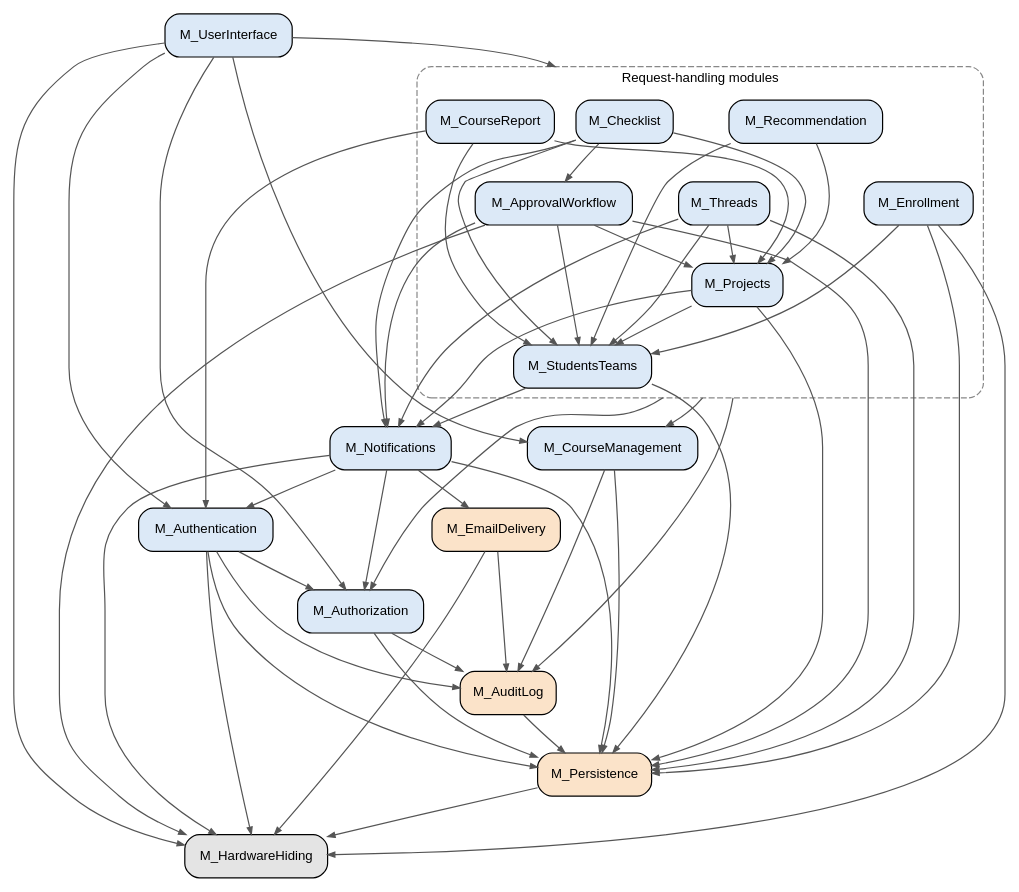
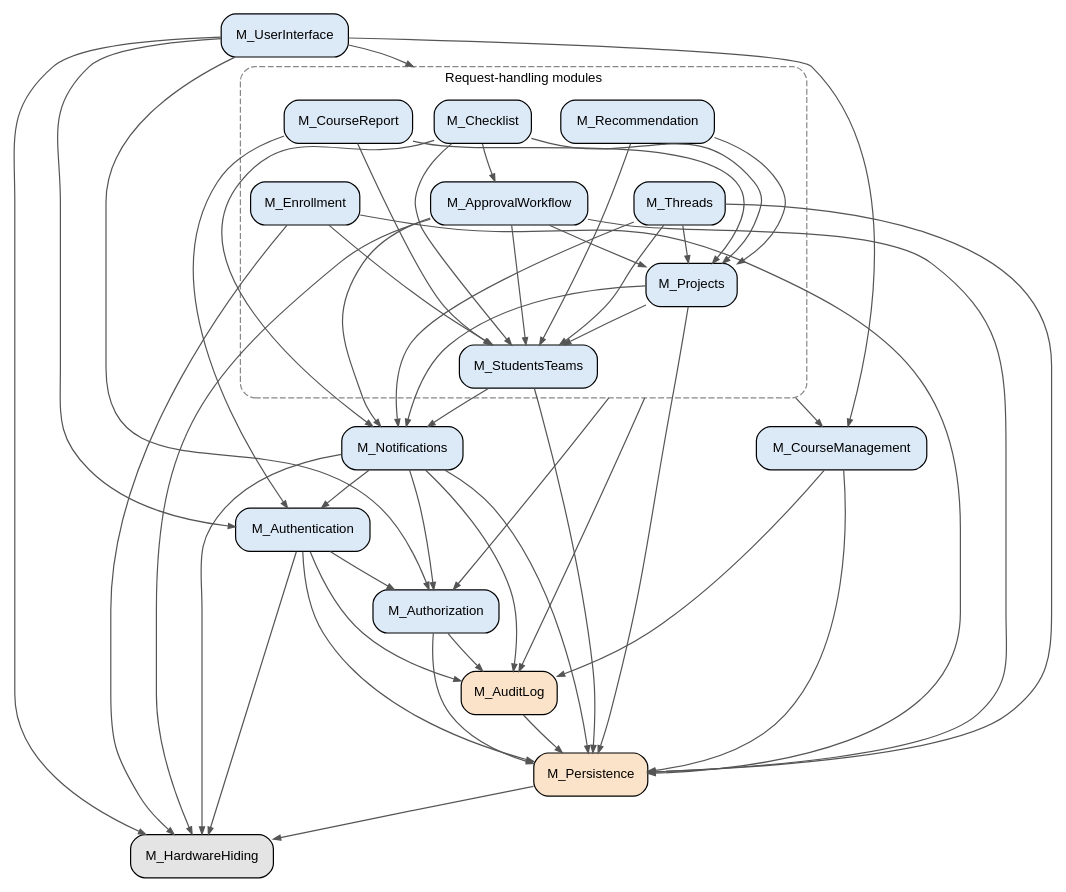
Before and after one commit to Ayushpatel2026/Keystone: the diagram in docs/Design/SoftArchitecture/UsesHierarchy.dot, drawn with Graphviz. The commit also changed 2 other files, not shown here.

Commit message:
docs(MG, SRS): folded email module into notifications module (#179, #181, #184)

```diff
--- a/docs/Design/SoftArchitecture/UsesHierarchy.dot
+++ b/docs/Design/SoftArchitecture/UsesHierarchy.dot
@@ -1,106 +1,105 @@
 // Uses hierarchy for the Keystone Module Guide (MG.tex, Section "Use Hierarchy
 // Between Modules").
 //
 // An arrow A -> B means "A uses B": A needs a correct B to do its job.
 // Arrows point down. Graphviz works out the layers on its own.
 //
 // The build renders this file to UsesHierarchy.pdf and fails if the graph has
 // a cycle. Preview locally:  dot -Tpdf UsesHierarchy.dot -o UsesHierarchy.pdf
 
 digraph UsesHierarchy {
   compound = true;     // lets an arrow start or end at a box (cluster)
   newrank = true;
   rankdir = TB;
   nodesep = 0.25;
   ranksep = 0.45;
   node [shape = box, style = "rounded,filled", fontname = "Helvetica", fontsize = 11];
   edge [arrowsize = 0.6, color = "#555555"];
 
   // ---------- Modules ----------
   // List each module once, after the colour for its type.
 
   // Behaviour-Hiding
   node [fillcolor = "#dce9f7"];
   M_UserInterface; M_Authentication; M_Authorization; M_CourseManagement;
   M_Notifications;
 
   // Request-handling modules (also Behaviour-Hiding). Every module in this box
   // uses the three modules the box's outgoing arrows point to.
   subgraph cluster_features {
     label = "Request-handling modules";
     fontname = "Helvetica"; fontsize = 11;
     style = "rounded,dashed"; color = "#888888";
 
     M_Projects; M_StudentsTeams; M_Recommendation; M_ApprovalWorkflow;
     M_Threads; M_Checklist; M_CourseReport; M_Enrollment;
   }
 
   // Software Decision
   node [fillcolor = "#fbe3c9"];
-  M_Persistence; M_EmailDelivery; M_AuditLog;
+  M_Persistence; M_AuditLog;
 
   // Hardware-Hiding
   node [fillcolor = "#e4e4e4"];
   M_HardwareHiding;
 
   // ---------- Uses ----------
   // One line per module, listing the modules it uses:
   //   M_A -> { M_B M_C };
 
   M_UserInterface    -> { M_Authentication M_Authorization M_CourseManagement
                           M_HardwareHiding };
   // Into the box: M_UserInterface uses every request-handling module.
   M_UserInterface    -> M_Checklist [lhead = cluster_features];
 
   // Out of the box: every request-handling module uses these.
   M_Projects -> M_Authorization    [ltail = cluster_features];
   M_Projects -> M_CourseManagement [ltail = cluster_features];
   M_Projects -> M_AuditLog         [ltail = cluster_features];
 
   // Request-handling modules, beyond the shared uses above. Only modules that
   // keep their own records use M_Persistence; the others read records through
   // the modules that own them.
   M_Projects          -> { M_StudentsTeams M_Notifications M_Persistence };
   M_StudentsTeams     -> { M_Notifications M_Persistence };
   M_Recommendation    -> { M_StudentsTeams M_Projects };
   M_ApprovalWorkflow  -> { M_Projects M_StudentsTeams M_Notifications
                            M_Persistence M_HardwareHiding };
   M_Threads           -> { M_Projects M_StudentsTeams M_Notifications M_Persistence };
   M_Checklist         -> { M_Projects M_StudentsTeams M_ApprovalWorkflow
                            M_Notifications };
   M_CourseReport      -> { M_Projects M_StudentsTeams M_Authentication };
   M_Enrollment        -> { M_StudentsTeams M_Persistence M_HardwareHiding };
 
   // Other modules.
   M_Authentication    -> { M_Authorization M_AuditLog M_Persistence
                            M_HardwareHiding };
   M_Authorization     -> { M_AuditLog M_Persistence };
   M_CourseManagement  -> { M_AuditLog M_Persistence };
-  M_Notifications     -> { M_Authentication M_Authorization M_EmailDelivery
+  M_Notifications     -> { M_Authentication M_Authorization M_AuditLog
                            M_Persistence M_HardwareHiding };
 
-  M_EmailDelivery -> { M_AuditLog M_HardwareHiding };
   M_AuditLog      -> { M_Persistence };
   M_Persistence   -> { M_HardwareHiding };
 
   // ---------- Layout only (no effect on the uses relation) ----------
   // Rows, top to bottom. Keep each row to about four modules, and put every
   // module in a row below all the modules that use it, so arrows point down.
   // The invisible arrows keep the rows in this order.
   { rank = same; M_UserInterface; }
   { rank = same; M_Checklist; M_Recommendation; M_CourseReport; }
   { rank = same; M_ApprovalWorkflow; M_Threads; M_Enrollment; }
   { rank = same; M_Projects; }
   { rank = same; M_StudentsTeams; }
   { rank = same; M_Notifications; M_CourseManagement; }
-  { rank = same; M_Authentication; M_EmailDelivery; }
+  { rank = same; M_Authentication; }
   { rank = same; M_Authorization; }
   { rank = same; M_AuditLog; }
   { rank = same; M_Persistence; }
   { rank = same; M_HardwareHiding; }
 
   M_UserInterface -> M_Checklist -> M_ApprovalWorkflow -> M_Projects
     -> M_StudentsTeams -> M_Notifications -> M_Authentication
     -> M_Authorization -> M_AuditLog -> M_Persistence -> M_HardwareHiding
     [style = invis];
 }
```
